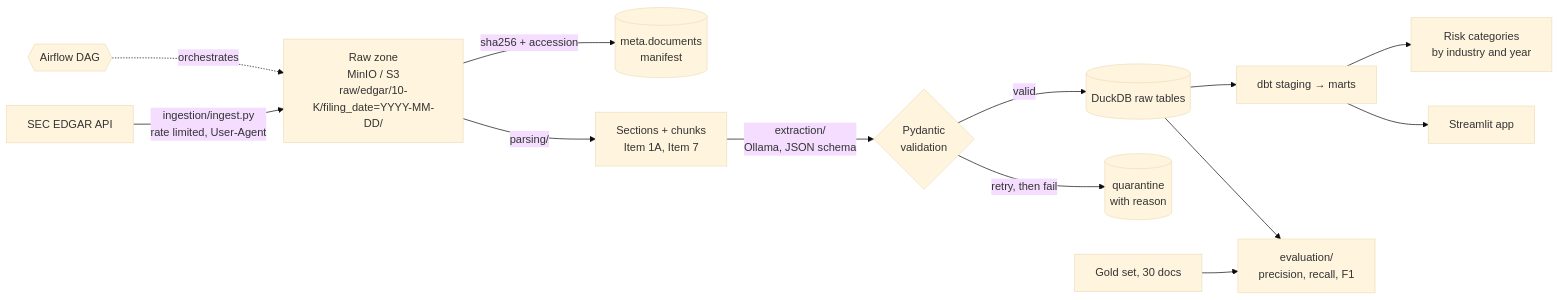
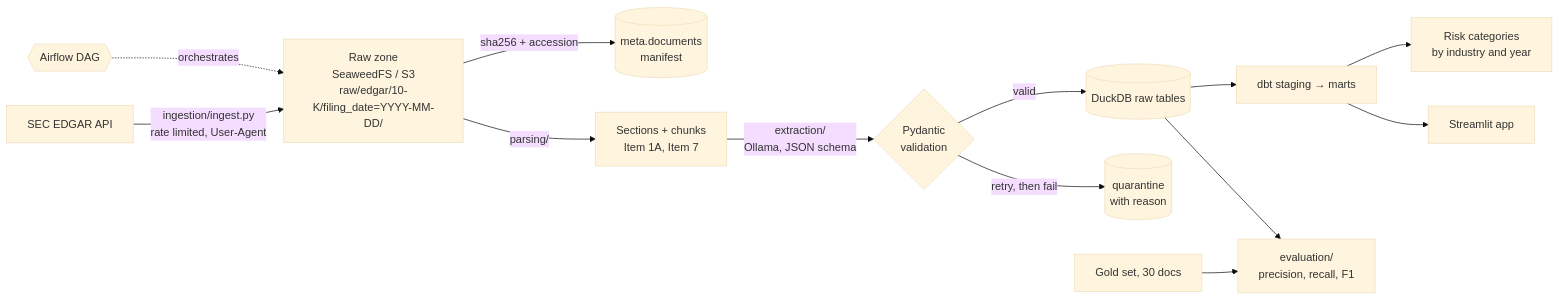
One commit to khus-hi/sec-fillings-pipeline changed the diagram in README.md. Above: the diagram before and after it, drawn with Mermaid (base theme). The commit also changed other lines of this file and 8 other files, not shown here.

First line of the commit message:
Replace MinIO with SeaweedFS for the local S3 raw zone

````diff
--- a/README.md
+++ b/README.md
@@ -10,15 +10,15 @@
 ```mermaid
 flowchart LR
     AF{{Airflow DAG}} -.orchestrates.-> I
-    E[SEC EDGAR API] -->|ingestion/ingest.py<br/>rate limited, User-Agent| I[Raw zone<br/>MinIO / S3<br/>raw/edgar/10-K/filing_date=YYYY-MM-DD/]
+    E[SEC EDGAR API] -->|ingestion/ingest.py<br/>rate limited, User-Agent| I[Raw zone<br/>SeaweedFS / S3<br/>raw/edgar/10-K/filing_date=YYYY-MM-DD/]
     I -->|sha256 + accession| M[(meta.documents<br/>manifest)]
     I -->|parsing/| P[Sections + chunks<br/>Item 1A, Item 7]
     P -->|extraction/<br/>Ollama, JSON schema| X{Pydantic<br/>validation}
     X -->|valid| W[(DuckDB raw tables)]
     X -->|retry, then fail| Q[(quarantine<br/>with reason)]
     W --> D[dbt staging → marts]
     D --> R[Risk categories<br/>by industry and year]
     D --> APP[Streamlit app]
     G[Gold set, 30 docs] --> EV[evaluation/<br/>precision, recall, F1]
     W --> EV
 ```
````
